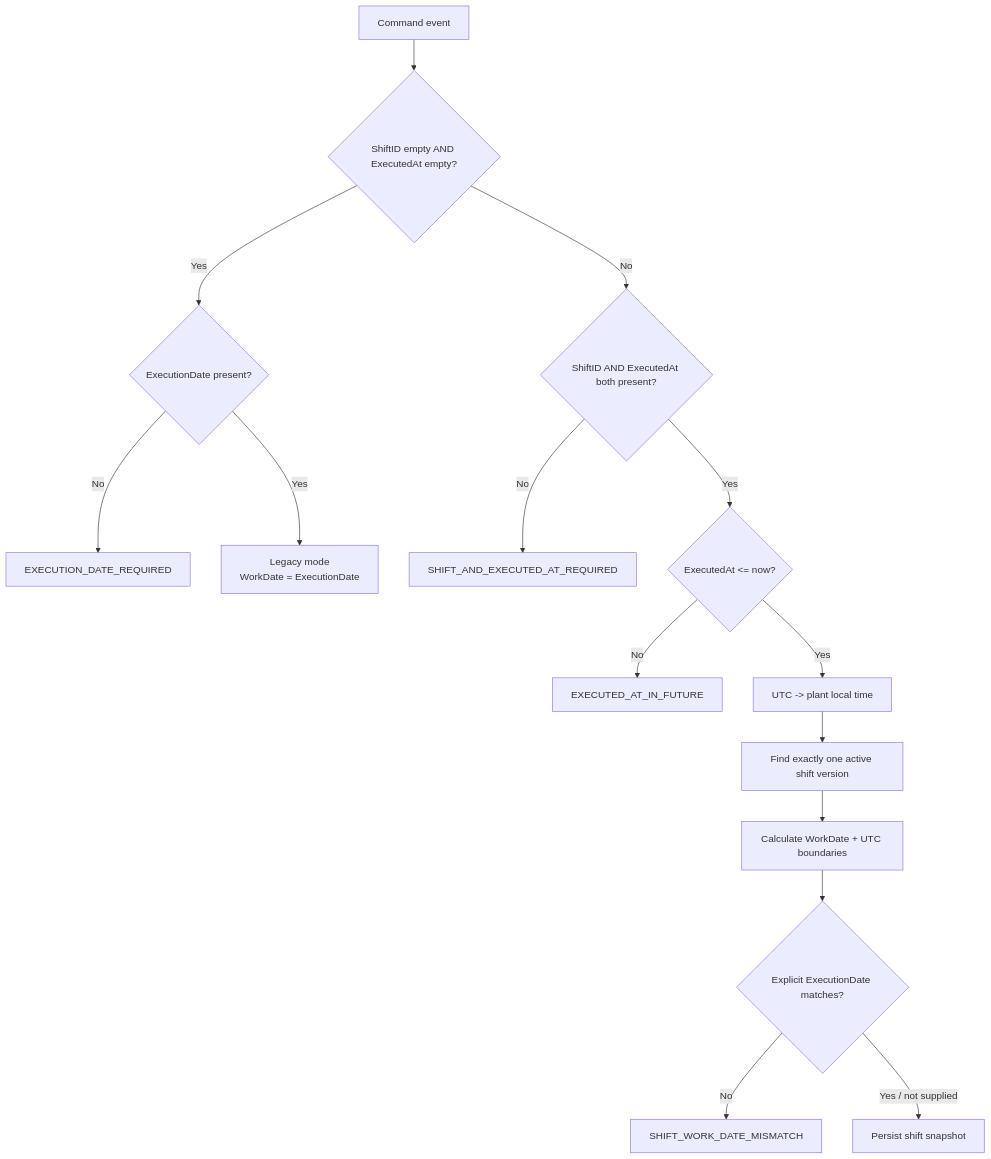
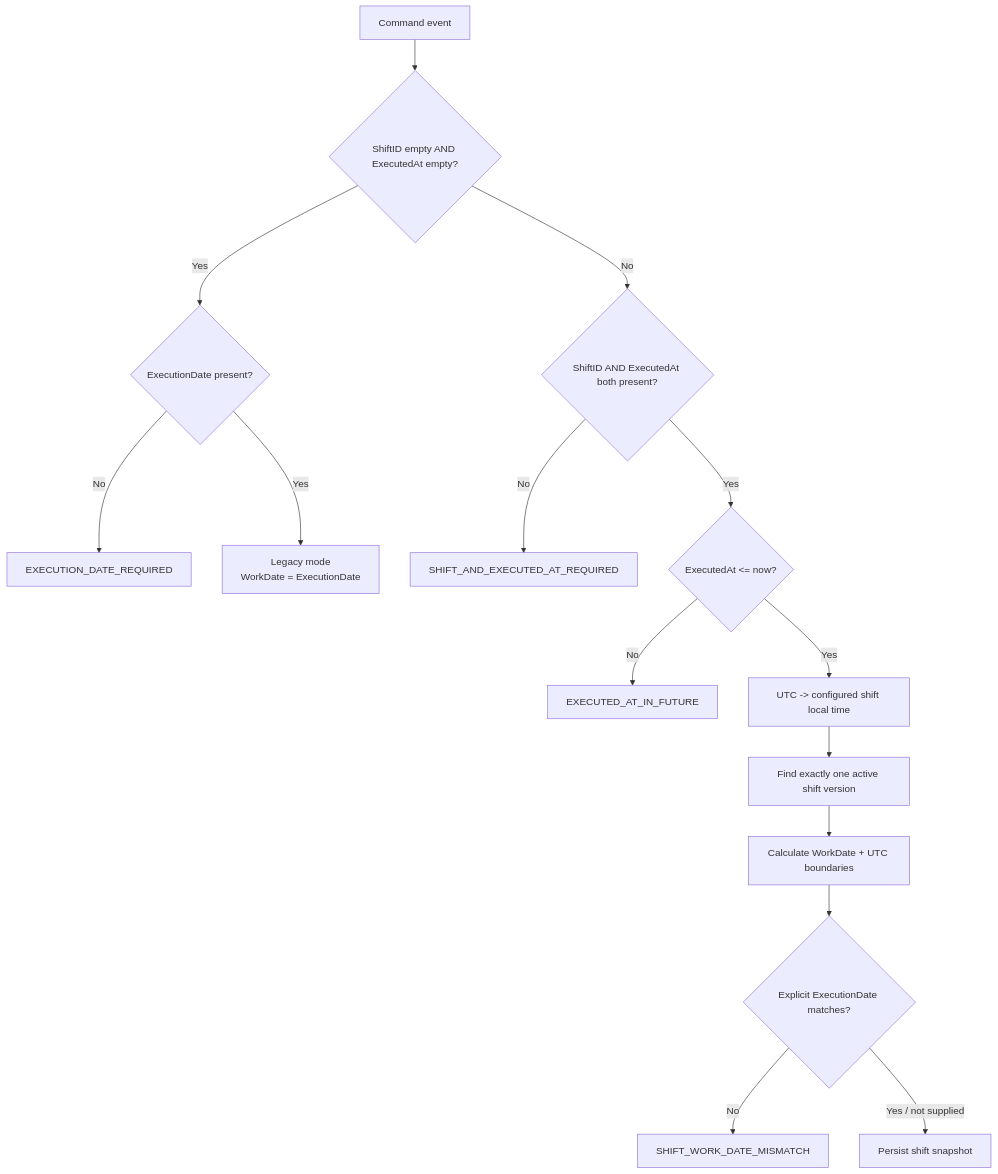
Before and after one commit to nguyenduckhiem1002-dot/abap_casla_app_mobile: the third of 7 diagrams in docs/FLOWS_AND_HAPPY_CASES.md, drawn with Mermaid. The commit also changed other lines of this file and 18 other files, not shown here.

````diff
--- a/docs/FLOWS_AND_HAPPY_CASES.md
+++ b/docs/FLOWS_AND_HAPPY_CASES.md
@@ -171,18 +171,18 @@
 ```mermaid
 flowchart TD
     A["Command event"] --> B{"ShiftID empty AND ExecutedAt empty?"}
     B -->|Yes| C{"ExecutionDate present?"}
     C -->|No| E1["EXECUTION_DATE_REQUIRED"]
     C -->|Yes| L["Legacy mode\nWorkDate = ExecutionDate"]
 
     B -->|No| D{"ShiftID AND ExecutedAt both present?"}
     D -->|No| E2["SHIFT_AND_EXECUTED_AT_REQUIRED"]
     D -->|Yes| F{"ExecutedAt <= now?"}
     F -->|No| E3["EXECUTED_AT_IN_FUTURE"]
-    F -->|Yes| G["UTC -> plant local time"]
+    F -->|Yes| G["UTC -> configured shift local time"]
     G --> H["Find exactly one active shift version"]
     H --> I["Calculate WorkDate + UTC boundaries"]
     I --> J{"Explicit ExecutionDate matches?"}
     J -->|No| E4["SHIFT_WORK_DATE_MISMATCH"]
     J -->|Yes / not supplied| K["Persist shift snapshot"]
 ```
````
